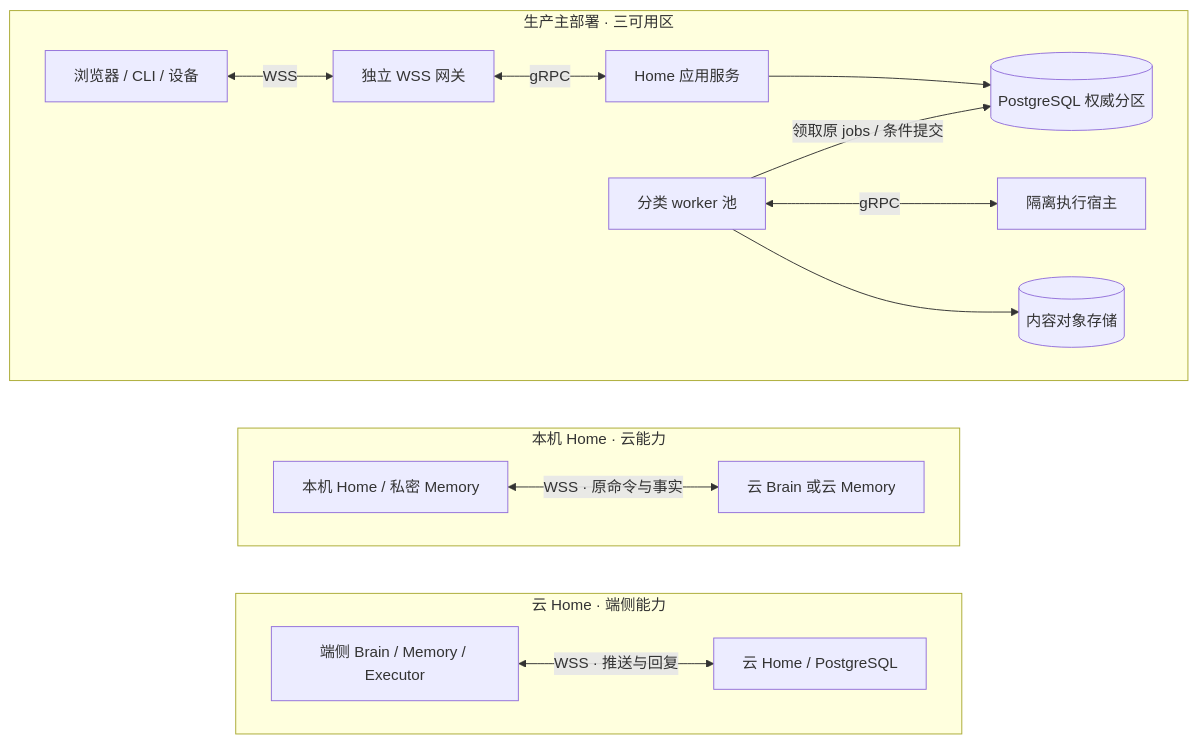
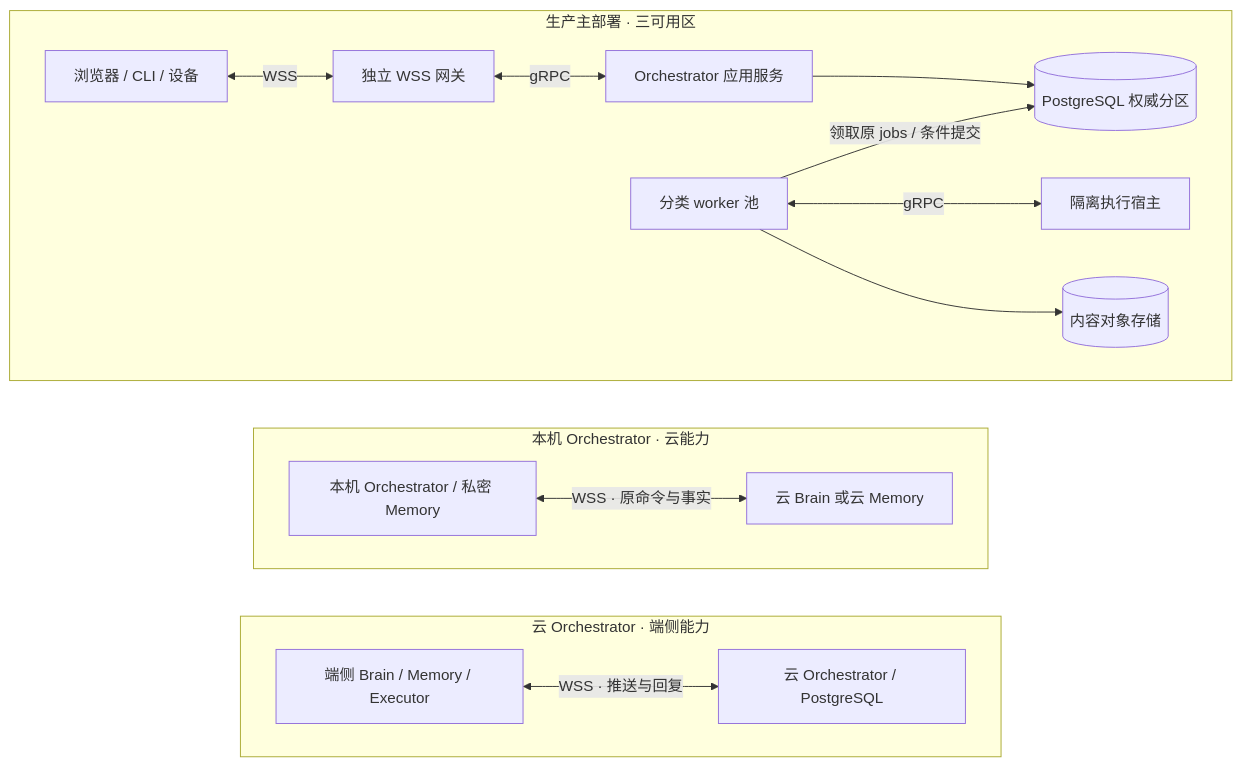
Before and after one commit to ruipengliu/lerna: the first of 2 diagrams in docs/architecture/deployment.md, drawn with Mermaid. The commit also changed other lines of this file and 174 other files, not shown here.

````diff
--- a/docs/architecture/deployment.md
+++ b/docs/architecture/deployment.md
@@ -29,30 +29,30 @@
 ```mermaid
 flowchart TB
     subgraph L[生产主部署 · 三可用区]
       U[浏览器 / CLI / 设备]
       G[独立 WSS 网关]
-      H1[Home 应用服务]
+      H1[Orchestrator 应用服务]
       W[分类 worker 池]
       E[隔离执行宿主]
       D1[(PostgreSQL 权威分区)]
       O[(内容对象存储)]
       U <-->|WSS| G
       G <-->|gRPC| H1
       H1 --> D1
       W -->|领取原 jobs / 条件提交| D1
       W <-->|gRPC| E
       W --> O
     end
-    subgraph M[本机 Home · 云能力]
-      H2[本机 Home / 私密 Memory]
+    subgraph M[本机 Orchestrator · 云能力]
+      H2[本机 Orchestrator / 私密 Memory]
       B2[云 Brain 或云 Memory]
       H2 <-->|WSS · 原命令与事实| B2
     end
-    subgraph C[云 Home · 端侧能力]
-      H3[云 Home / PostgreSQL]
+    subgraph C[云 Orchestrator · 端侧能力]
+      H3[云 Orchestrator / PostgreSQL]
       E3[端侧 Brain / Memory / Executor]
       E3 <-->|WSS · 推送与回复| H3
     end
     L ~~~ M
     M ~~~ C
 ```
````
